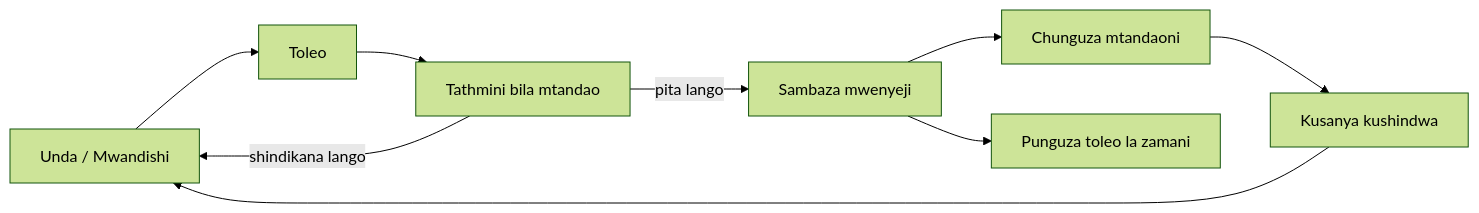
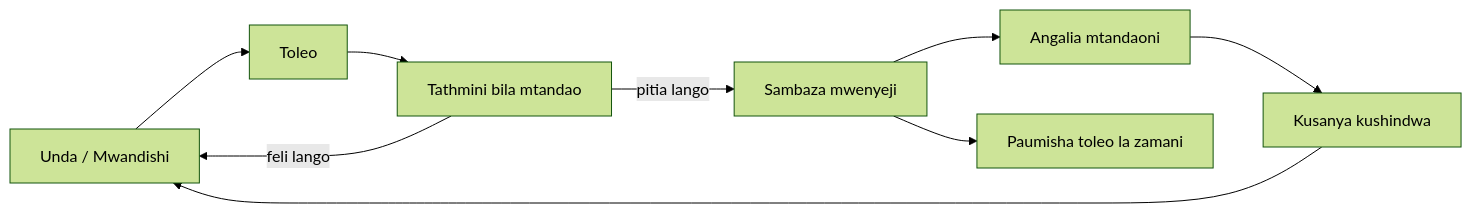
One commit to microsoft/ai-agents-for-beginners changed the second of 4 diagrams in translations/sw/16-deploying-scalable-agents/README.md. Above: the diagram before and after it, drawn with Mermaid (forest theme). The commit also changed other lines of this file and 47 other files, not shown here.

````diff
--- a/translations/sw/16-deploying-scalable-agents/README.md
+++ b/translations/sw/16-deploying-scalable-agents/README.md
@@ -108,11 +108,11 @@
 ```mermaid
 flowchart LR
     Create[Unda / Mwandishi] --> Version[Toleo]
     Version --> Evaluate[Tathmini bila mtandao]
-    Evaluate -->|pita lango| Deploy[Sambaza mwenyeji]
-    Evaluate -->|shindikana lango| Create
-    Deploy --> Observe[Chunguza mtandaoni]
+    Evaluate -->|pitia lango| Deploy[Sambaza mwenyeji]
+    Evaluate -->|feli lango| Create
+    Deploy --> Observe[Angalia mtandaoni]
     Observe --> Improve[Kusanya kushindwa]
     Improve --> Create
-    Deploy --> Retire[Punguza toleo la zamani]
+    Deploy --> Retire[Paumisha toleo la zamani]
 ```
````
